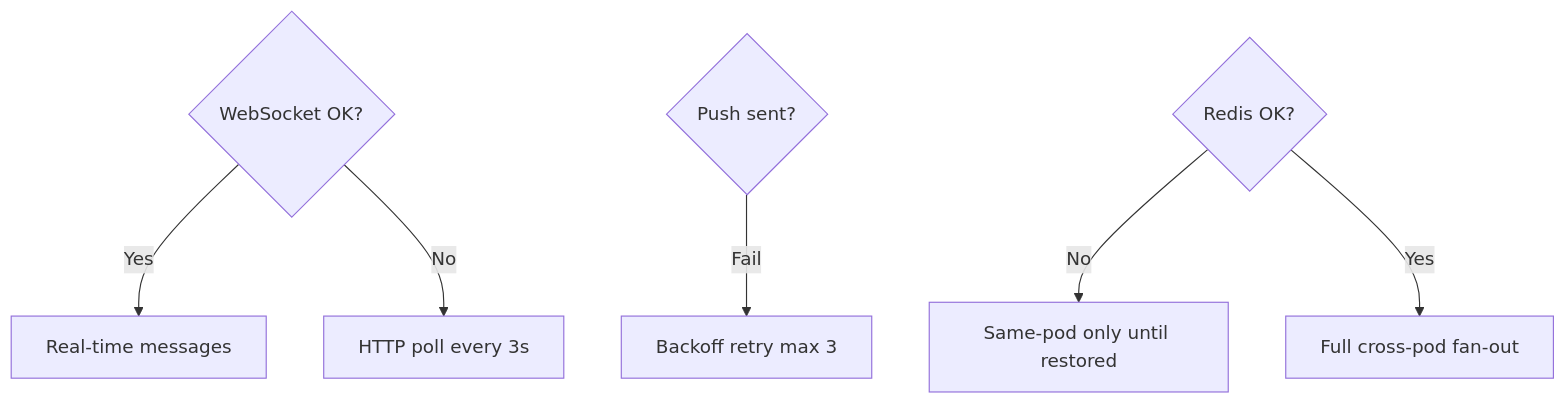
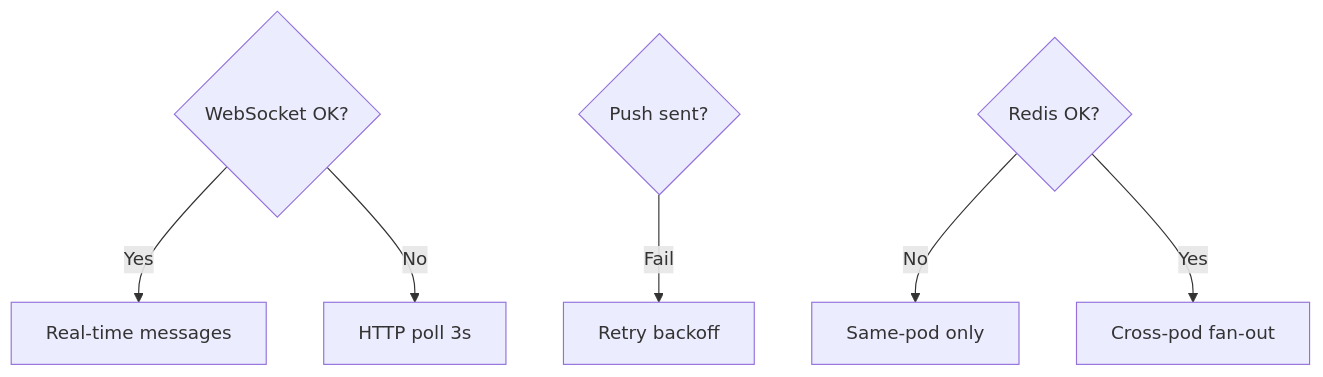
Before and after one commit to rishikeshdhokare/platform-manifesto: the sixth of 7 diagrams in 02-architecture-and-api/04-real-time-architecture.md, drawn with Mermaid. The commit also changed other lines of this file and 12 other files, not shown here.

First line of the commit message:
fix: refactor Mermaid diagrams for compliance (#135)

````diff
--- a/02-architecture-and-api/04-real-time-architecture.md
+++ b/02-architecture-and-api/04-real-time-architecture.md
@@ -344,11 +344,11 @@
 ```mermaid
 flowchart TD
     WS{WebSocket OK?}
     WS -->|Yes| RT[Real-time messages]
-    WS -->|No| POLL[HTTP poll every 3s]
+    WS -->|No| POLL[HTTP poll 3s]
     PUSH{Push sent?}
-    PUSH -->|Fail| RETRY[Backoff retry max 3]
+    PUSH -->|Fail| RETRY[Retry backoff]
     REDIS{Redis OK?}
-    REDIS -->|No| LOCAL[Same-pod only until restored]
-    REDIS -->|Yes| FAN[Full cross-pod fan-out]
+    REDIS -->|No| LOCAL[Same-pod only]
+    REDIS -->|Yes| FAN[Cross-pod fan-out]
 ```
````
